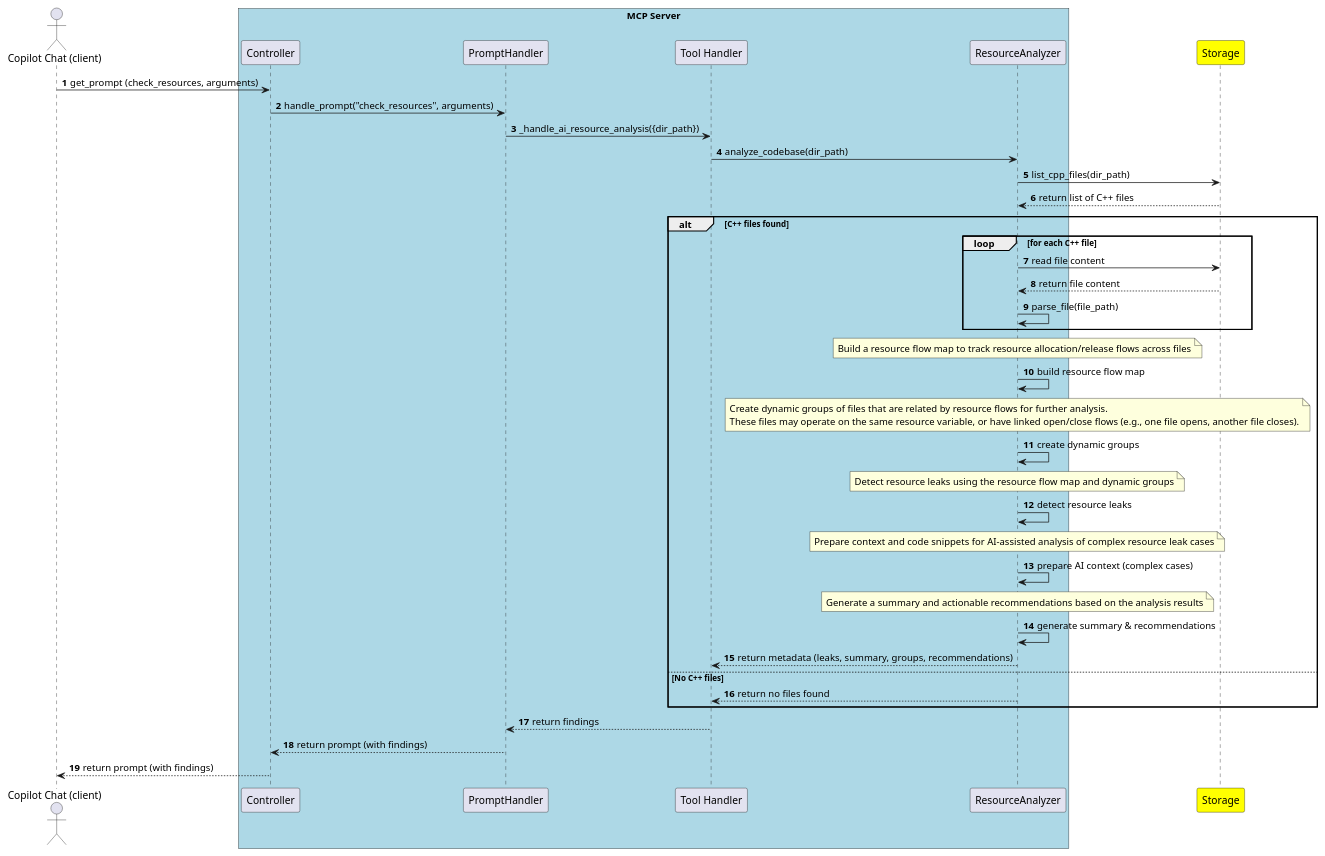
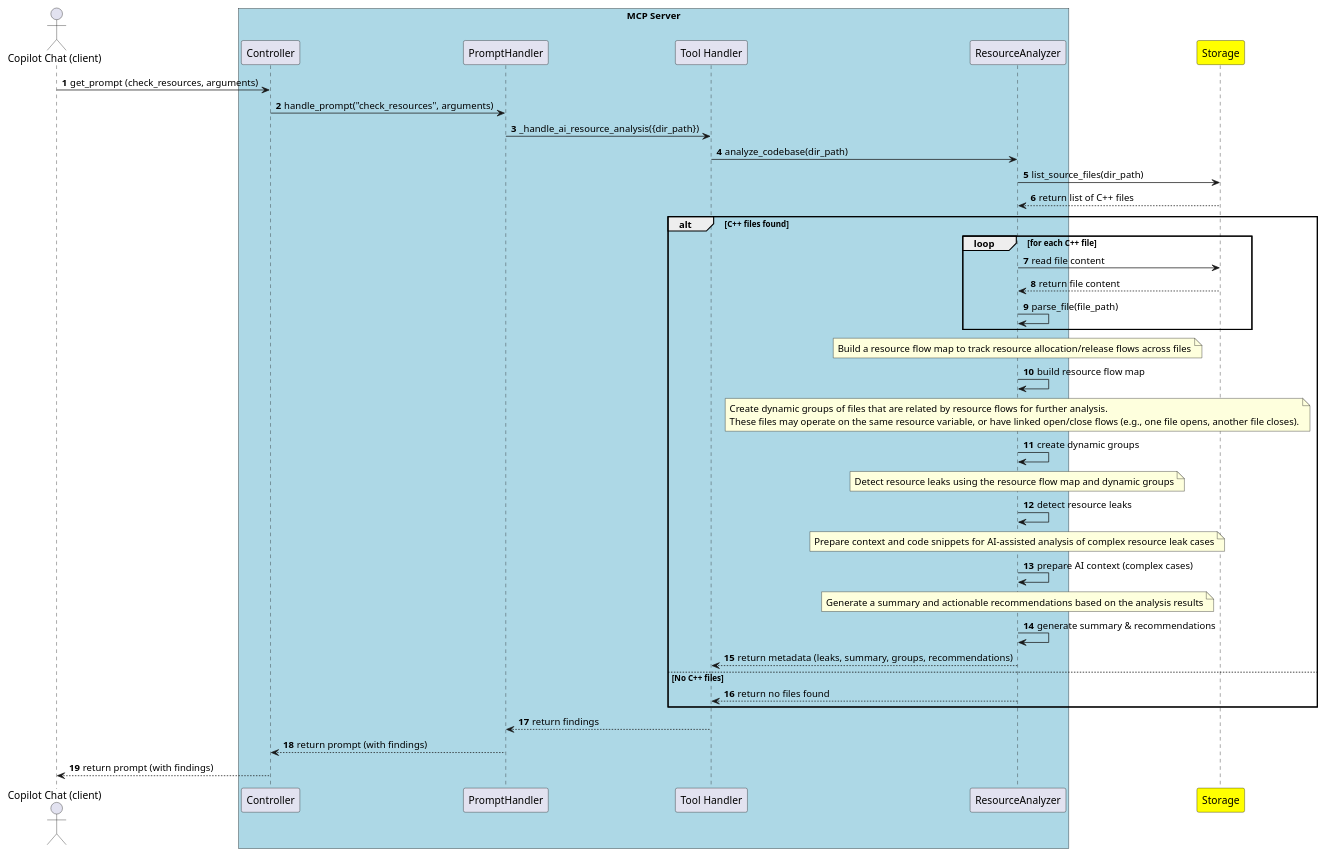
Before and after one commit to taikt/codefun: the diagram in deepl/mcp_server/doc/design/mcp_prompt_check_resources_sequence.puml, drawn with PlantUML. The commit also changed 15 other files, not shown here.

```diff
--- a/deepl/mcp_server/doc/design/mcp_prompt_check_resources_sequence.puml
+++ b/deepl/mcp_server/doc/design/mcp_prompt_check_resources_sequence.puml
@@ -1,70 +1,70 @@
 @startuml
 ' Step 10: For each C++ file, read its content
 ' Step 11: Parse each file to extract resource operations (open/close, etc.)
 ' Step 12: Build a resource flow map to track resource allocation/release flows across files
 ' Step 13: Create dynamic groups of files related by resource flows
 ' Step 14: Detect resource leaks based on the resource flow map and groups
 ' Step 15: Prepare AI context for complex resource leak cases
 ' Step 16: Generate summary and actionable recommendations
 actor "Copilot Chat (client)" as copilot
 box "MCP Server" #LightBlue
   participant "Controller" as controller
   participant "PromptHandler" as promptHandler
   participant "Tool Handler" as toolHandler
   participant "ResourceAnalyzer" as resourceAnalyzer
 end box
 participant "Storage" as storage #yellow
 
 autonumber
 copilot -> controller : get_prompt (check_resources, arguments)
 controller -> promptHandler : handle_prompt("check_resources", arguments)
 promptHandler -> toolHandler : _handle_ai_resource_analysis({dir_path})
 toolHandler -> resourceAnalyzer : analyze_codebase(dir_path)
-resourceAnalyzer -> storage : list_cpp_files(dir_path)
+resourceAnalyzer -> storage : list_source_files(dir_path)
 storage --> resourceAnalyzer : return list of C++ files
 alt C++ files found
   loop for each C++ file
     ' Step 10: For each C++ file, read its content
     resourceAnalyzer -> storage : read file content
     storage --> resourceAnalyzer : return file content
     ' Step 11: Parse each file to extract resource operations (open/close, etc.)
     resourceAnalyzer -> resourceAnalyzer : parse_file(file_path)
   end
   ' Step 12: Build a resource flow map to track resource allocation/release flows across files
   note over resourceAnalyzer
      Build a resource flow map to track resource allocation/release flows across files
   end note
   resourceAnalyzer -> resourceAnalyzer : build resource flow map
 
   ' Step 13: Create dynamic groups of files related by resource flows
   note over resourceAnalyzer
      Create dynamic groups of files that are related by resource flows for further analysis.
      These files may operate on the same resource variable, or have linked open/close flows (e.g., one file opens, another file closes).
   end note
   resourceAnalyzer -> resourceAnalyzer : create dynamic groups
 
   ' Step 14: Detect resource leaks based on the resource flow map and groups
   note over resourceAnalyzer
      Detect resource leaks using the resource flow map and dynamic groups
   end note
   resourceAnalyzer -> resourceAnalyzer : detect resource leaks
 
   ' Step 15: Prepare AI context for complex resource leak cases
   note over resourceAnalyzer
      Prepare context and code snippets for AI-assisted analysis of complex resource leak cases
   end note
   resourceAnalyzer -> resourceAnalyzer : prepare AI context (complex cases)
 
   ' Step 16: Generate summary and actionable recommendations
   note over resourceAnalyzer
      Generate a summary and actionable recommendations based on the analysis results
   end note
   resourceAnalyzer -> resourceAnalyzer : generate summary & recommendations
   resourceAnalyzer --> toolHandler : return metadata (leaks, summary, groups, recommendations)
 else No C++ files
   resourceAnalyzer --> toolHandler : return no files found
 end
 toolHandler --> promptHandler : return findings
 promptHandler --> controller : return prompt (with findings)
 controller --> copilot : return prompt (with findings)
 @enduml
```
